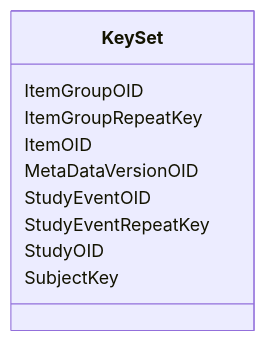
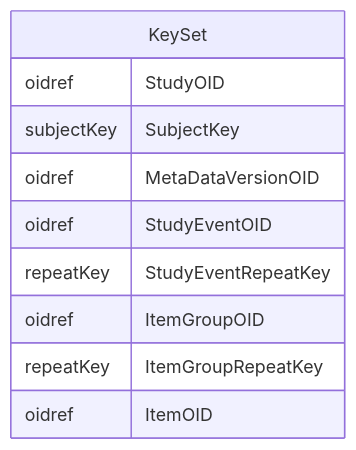
Before and after one commit to cdisc-org/DataExchange-ODM-LinkML: the diagram in docs/KeySet.md, drawn with Mermaid. The commit also changed other lines of this file and 181 other files, not shown here.

Commit message:
ER diagrams working via templates and removing names with underscores

````diff
--- a/docs/KeySet.md
+++ b/docs/KeySet.md
@@ -14,21 +11,16 @@
 ```mermaid
- classDiagram
-    class KeySet
-      KeySet : ItemGroupOID
-        
-      KeySet : ItemGroupRepeatKey
-        
-      KeySet : ItemOID
-        
-      KeySet : MetaDataVersionOID
-        
-      KeySet : StudyEventOID
-        
-      KeySet : StudyEventRepeatKey
-        
-      KeySet : StudyOID
-        
-      KeySet : SubjectKey
-        
-      
+erDiagram
+KeySet {
+    oidref StudyOID  
+    subjectKey SubjectKey  
+    oidref MetaDataVersionOID  
+    oidref StudyEventOID  
+    repeatKey StudyEventRepeatKey  
+    oidref ItemGroupOID  
+    repeatKey ItemGroupRepeatKey  
+    oidref ItemOID  
+}
+
+
+
 ```
````
